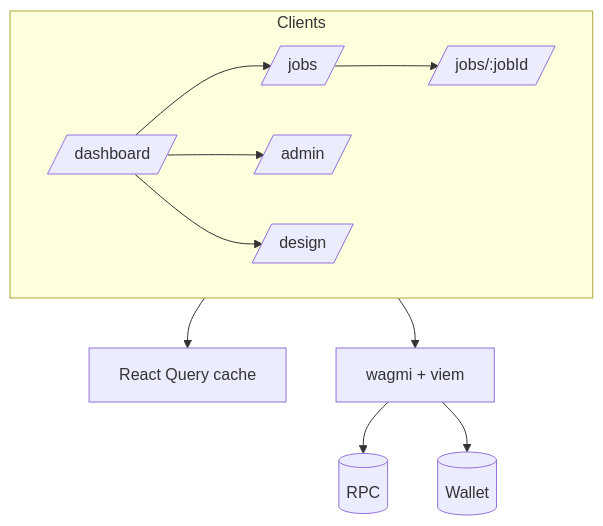
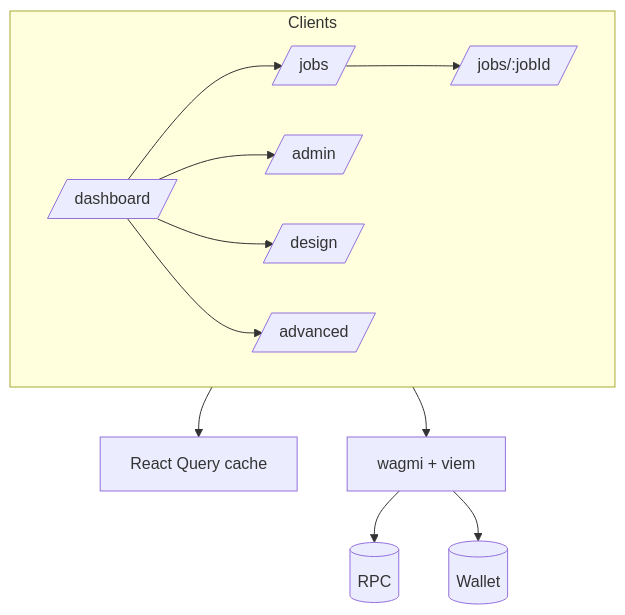
Before and after one commit to MontrealAI/AGIJobManager: the first of 2 diagrams in docs/ui/ARCHITECTURE.md, drawn with Mermaid. The commit also changed 4 other files, not shown here.

````diff
--- a/docs/ui/ARCHITECTURE.md
+++ b/docs/ui/ARCHITECTURE.md
@@ -3,18 +3,20 @@
 ```mermaid
 flowchart TD
   A[/dashboard/] --> B[/jobs/]
   B --> C[/jobs/:jobId/]
   A --> D[/admin/]
   A --> E[/design/]
+  A --> F[/advanced/]
   subgraph Clients
     A
     B
     C
     D
     E
+    F
   end
   Clients --> Q[React Query cache]
   Clients --> W[wagmi + viem]
   W --> R[(RPC)]
   W --> X[(Wallet)]
 ```
````
